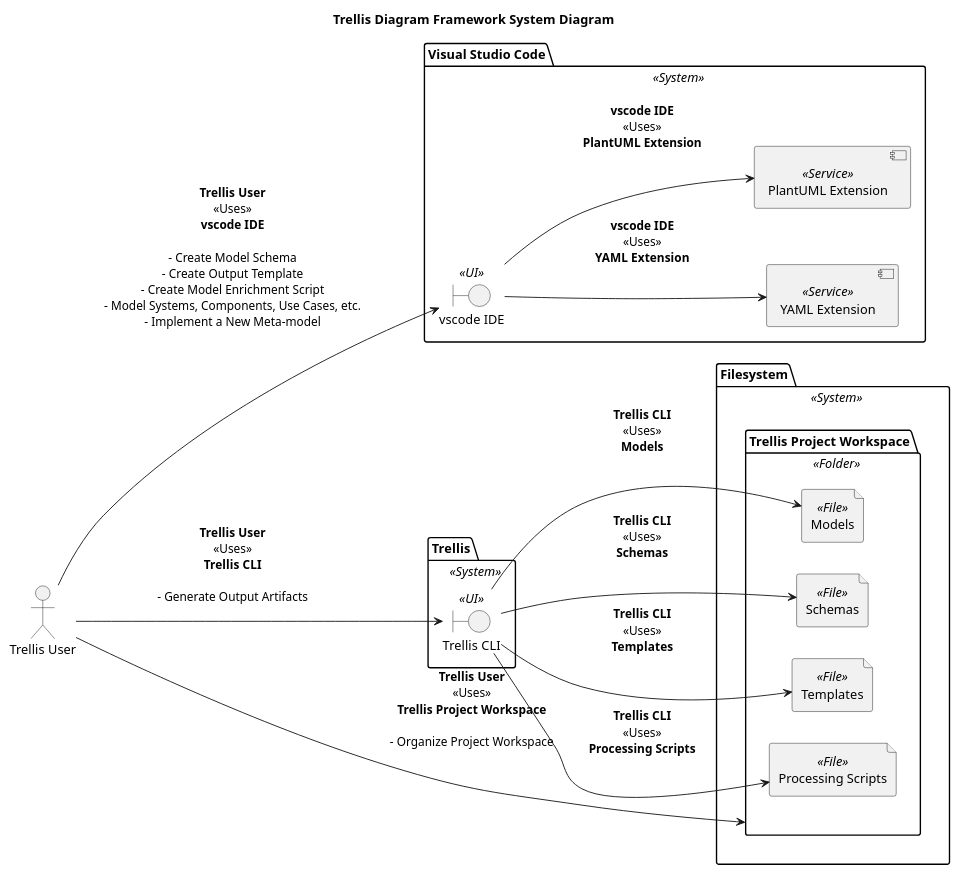
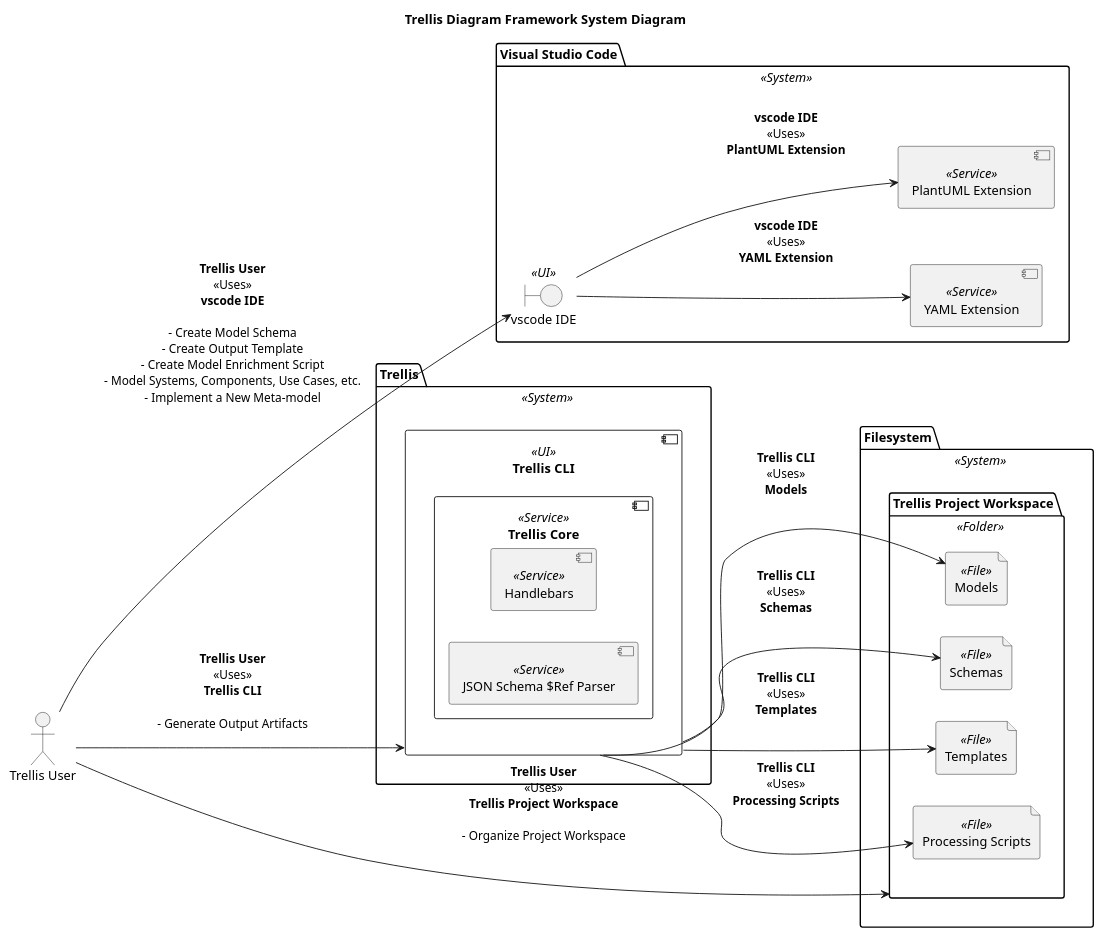
One commit to garrettsutula/example-trellis-project changed the fourth of 4 diagrams in output/UseCaseModel/trellis/Diagrams.puml. Above: the diagram before and after it, drawn with PlantUML. The commit also changed 19 other files, not shown here.

```diff
--- a/output/UseCaseModel/trellis/Diagrams.puml
+++ b/output/UseCaseModel/trellis/Diagrams.puml
@@ -171,34 +171,41 @@
 @startuml Component Diagram - Trellis Diagram Framework
 title Trellis Diagram Framework System Diagram
 left to right direction
 
 package "Visual Studio Code" as VisualStudioCode <<System>> {
 boundary "vscode IDE" as VisualStudioCode.vscodeIDE <<UI>>
 component "YAML Extension" as VisualStudioCode.YAMLExtension <<Service>>
 component "PlantUML Extension" as VisualStudioCode.PlantUMLExtension <<Service>>
 }
 package "Trellis" as Trellis <<System>> {
-boundary "Trellis CLI" as Trellis.TrellisCLI <<UI>>
+component "Trellis CLI" as Trellis.TrellisCLI <<UI>> {
+  component "Trellis Core" as Trellis.TrellisCLI.TrellisCore <<Service>> {
+    component "Handlebars" as Trellis.TrellisCLI.TrellisCore.Handlebars <<Service>>
+    component "JSON Schema $Ref Parser" as Trellis.TrellisCLI.TrellisCore.JSONSchema$RefParser <<Service>>
+  }
+  
+}
+
 }
 package "Filesystem" as Filesystem <<System>> {
 folder "Trellis Project Workspace" as Filesystem.TrellisProjectWorkspace <<Folder>> {
   file "Models" as Filesystem.TrellisProjectWorkspace.Models <<File>>
   file "Schemas" as Filesystem.TrellisProjectWorkspace.Schemas <<File>>
   file "Templates" as Filesystem.TrellisProjectWorkspace.Templates <<File>>
   file "Processing Scripts" as Filesystem.TrellisProjectWorkspace.ProcessingScripts <<File>>
 }
 
 }
 
 actor "Trellis User" as TrellisUser
 
 TrellisUser --> VisualStudioCode.vscodeIDE: "**Trellis User**\n<<Uses>>\n**vscode IDE**\n\n- Create Model Schema\n- Create Output Template\n- Create Model Enrichment Script\n- Model Systems, Components, Use Cases, etc.\n- Implement a New Meta-model\n"
 TrellisUser --> Trellis.TrellisCLI: "**Trellis User**\n<<Uses>>\n**Trellis CLI**\n\n- Generate Output Artifacts\n"
 TrellisUser --> Filesystem.TrellisProjectWorkspace: "**Trellis User**\n<<Uses>>\n**Trellis Project Workspace**\n\n- Organize Project Workspace\n"
 VisualStudioCode.vscodeIDE --> VisualStudioCode.YAMLExtension: "**vscode IDE**\n<<Uses>>\n**YAML Extension**\n\n"
 VisualStudioCode.vscodeIDE --> VisualStudioCode.PlantUMLExtension: "**vscode IDE**\n<<Uses>>\n**PlantUML Extension**\n\n"
 Trellis.TrellisCLI --> Filesystem.TrellisProjectWorkspace.Models: "**Trellis CLI**\n<<Uses>>\n**Models**\n\n"
 Trellis.TrellisCLI --> Filesystem.TrellisProjectWorkspace.Schemas: "**Trellis CLI**\n<<Uses>>\n**Schemas**\n\n"
 Trellis.TrellisCLI --> Filesystem.TrellisProjectWorkspace.Templates: "**Trellis CLI**\n<<Uses>>\n**Templates**\n\n"
 Trellis.TrellisCLI --> Filesystem.TrellisProjectWorkspace.ProcessingScripts: "**Trellis CLI**\n<<Uses>>\n**Processing Scripts**\n\n"
 @enduml
```
